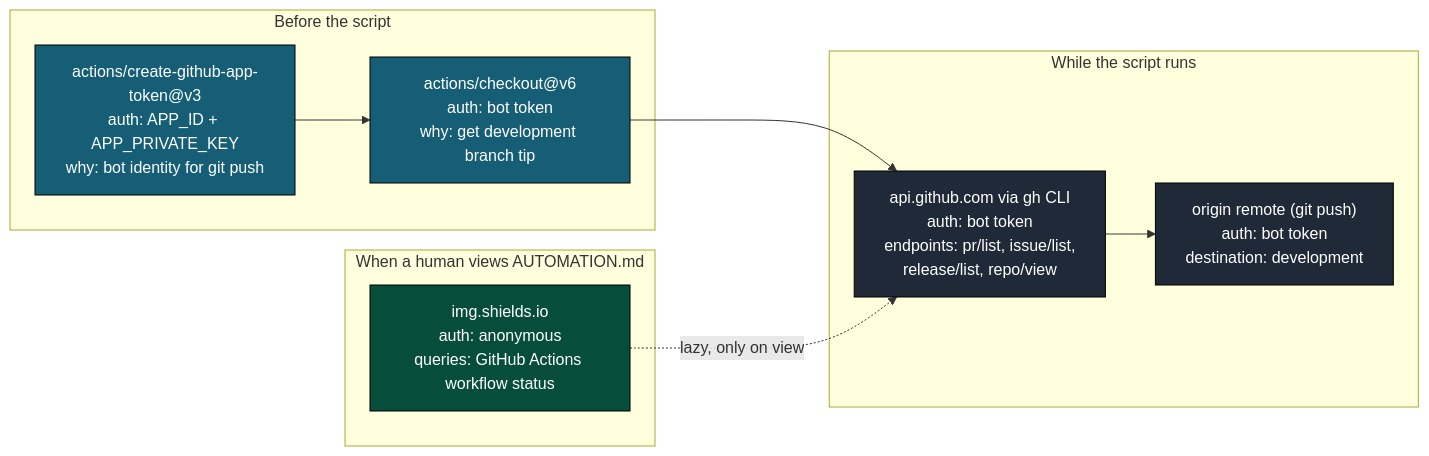
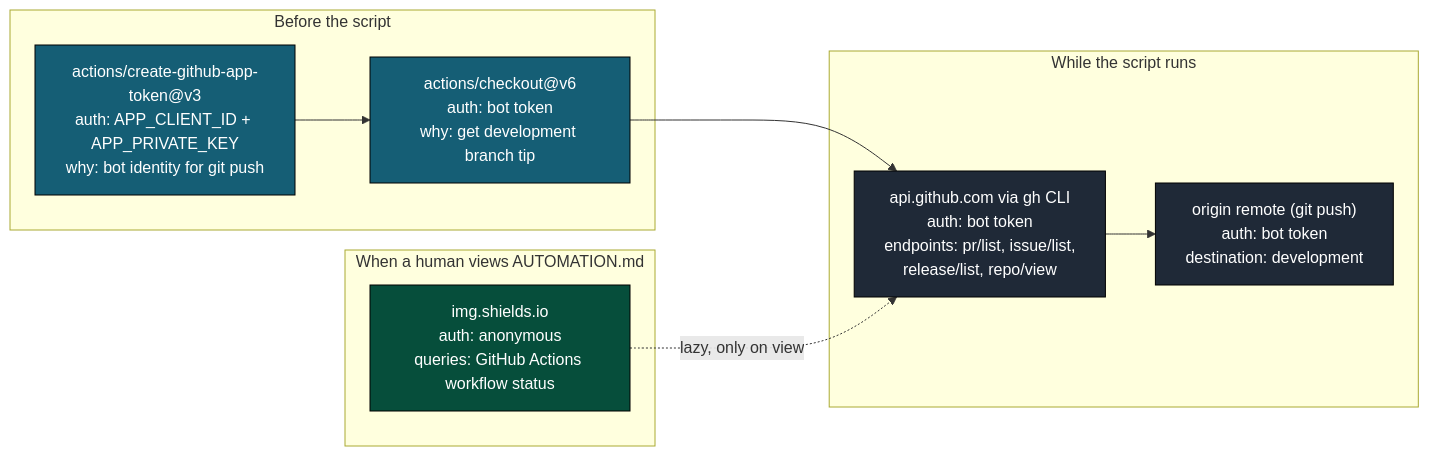
Before and after one commit to llm-exe/llm-exe: the tenth of 14 diagrams in .github/docs/VITALS_DEEP_DIVE.md, drawn with Mermaid. The commit also changed 13 other files, not shown here.

Commit message:
fix: update references from APP_ID to APP_CLIENT_ID in documentation

````diff
--- a/.github/docs/VITALS_DEEP_DIVE.md
+++ b/.github/docs/VITALS_DEEP_DIVE.md
@@ -311,24 +311,24 @@
 ```mermaid
 flowchart LR
     classDef pre fill:#155e75,color:#fff,stroke:#000
     classDef gh fill:#1f2937,color:#fff,stroke:#000
     classDef cdn fill:#064e3b,color:#fff,stroke:#000
 
     subgraph Pre["Before the script"]
-        c1["actions/create-github-app-token@v3<br/>auth: APP_ID + APP_PRIVATE_KEY<br/>why: bot identity for git push"]:::pre
+        c1["actions/create-github-app-token@v3<br/>auth: APP_CLIENT_ID + APP_PRIVATE_KEY<br/>why: bot identity for git push"]:::pre
         c2["actions/checkout@v6<br/>auth: bot token<br/>why: get development branch tip"]:::pre
     end
 
     subgraph During["While the script runs"]
         d1["api.github.com via gh CLI<br/>auth: bot token<br/>endpoints: pr/list, issue/list,<br/>release/list, repo/view"]:::gh
         d2["origin remote (git push)<br/>auth: bot token<br/>destination: development"]:::gh
     end
 
     subgraph Render["When a human views AUTOMATION.md"]
         v1["img.shields.io<br/>auth: anonymous<br/>queries: GitHub Actions workflow status"]:::cdn
     end
 
     c1 --> c2 --> d1
     d1 --> d2
     v1 -. lazy, only on view .-> d1
 ```
````
